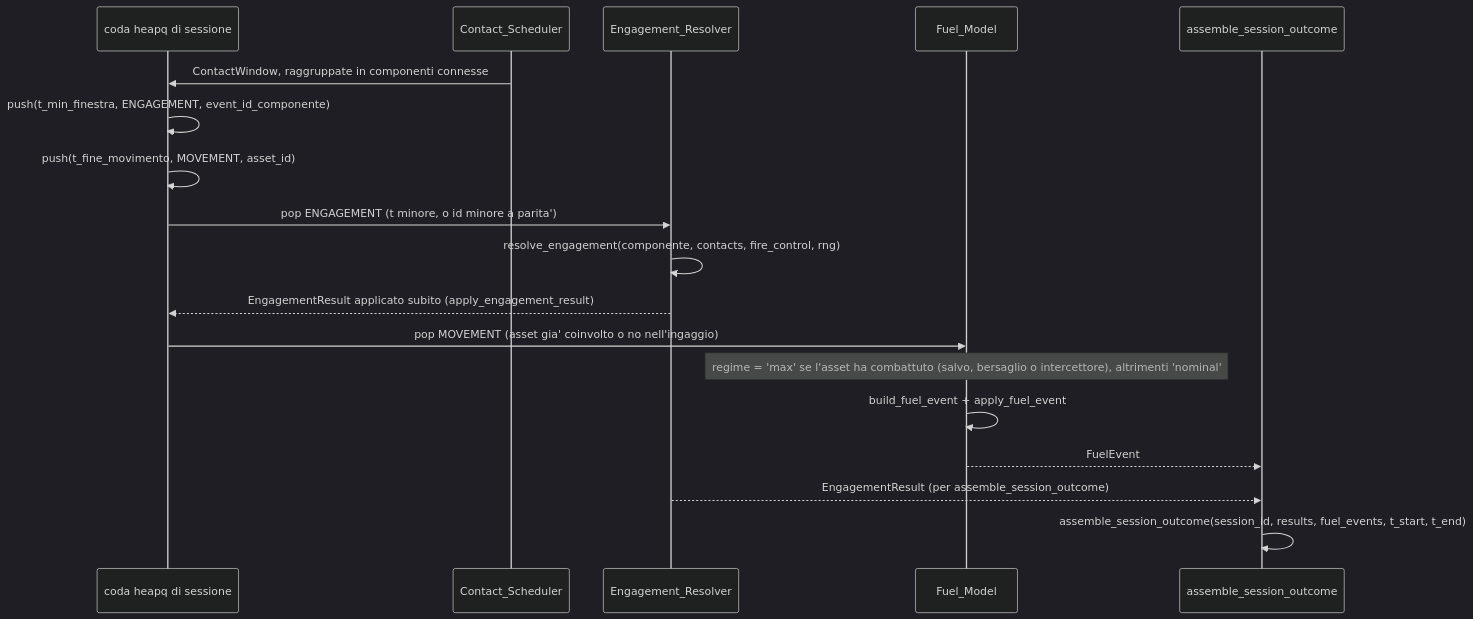
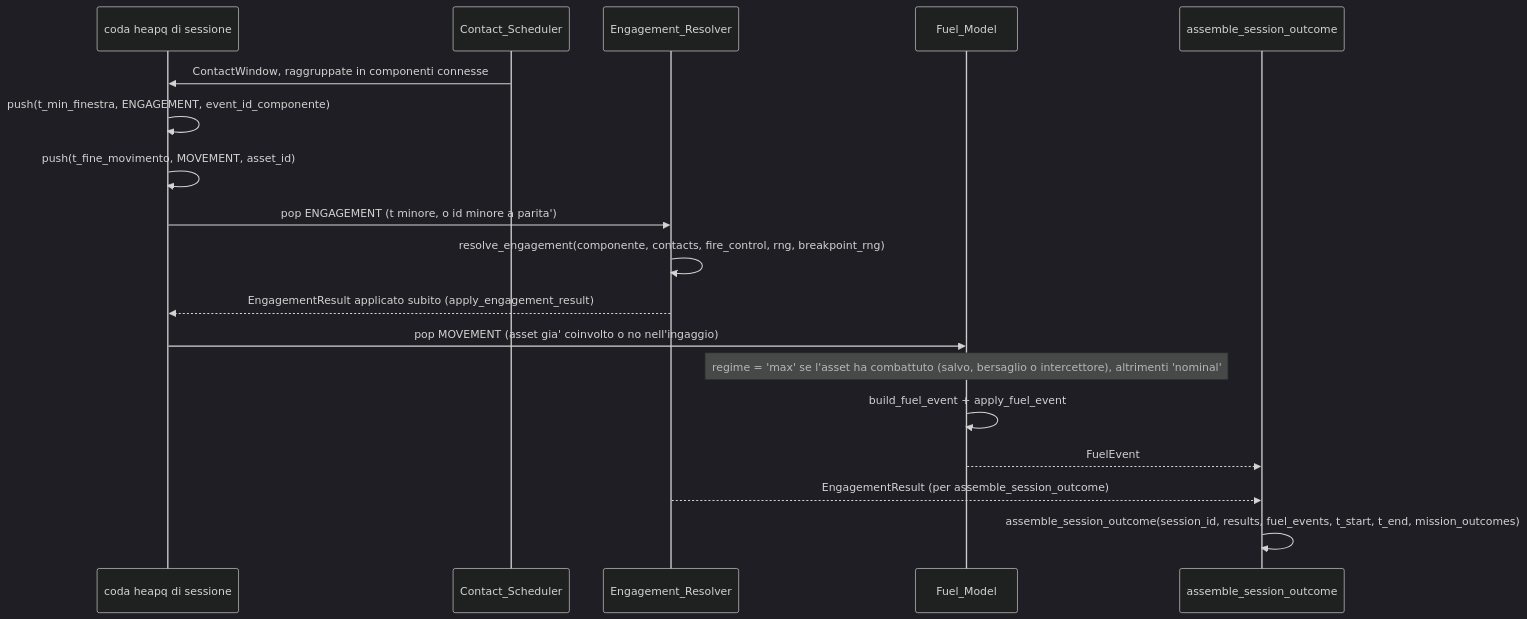
Before and after one commit to MakusIV/Warfare-Model: the second of 5 diagrams in Analysis/Document/Manuale_Motore_DES/07_Orchestratore_Session_Simulator.md, drawn with Mermaid (dark theme). The commit also changed other lines of this file and 10 other files, not shown here.

````diff
--- a/Analysis/Document/Manuale_Motore_DES/07_Orchestratore_Session_Simulator.md
+++ b/Analysis/Document/Manuale_Motore_DES/07_Orchestratore_Session_Simulator.md
@@ -175,24 +230,24 @@
 ```mermaid
 sequenceDiagram
     participant Q as coda heapq di sessione
     participant CS as Contact_Scheduler
     participant ER as Engagement_Resolver
     participant FM as Fuel_Model
     participant OUT as assemble_session_outcome
 
     CS->>Q: ContactWindow, raggruppate in componenti connesse
     Q->>Q: push(t_min_finestra, ENGAGEMENT, event_id_componente)
     Q->>Q: push(t_fine_movimento, MOVEMENT, asset_id)
 
     Q->>ER: pop ENGAGEMENT (t minore, o id minore a parita')
-    ER->>ER: resolve_engagement(componente, contacts, fire_control, rng)
+    ER->>ER: resolve_engagement(componente, contacts, fire_control, rng, breakpoint_rng)
     ER-->>Q: EngagementResult applicato subito (apply_engagement_result)
 
     Q->>FM: pop MOVEMENT (asset gia' coinvolto o no nell'ingaggio)
     Note over FM: regime = 'max' se l'asset ha combattuto (salvo, bersaglio o intercettore), altrimenti 'nominal'
     FM->>FM: build_fuel_event + apply_fuel_event
     FM-->>OUT: FuelEvent
 
     ER-->>OUT: EngagementResult (per assemble_session_outcome)
-    OUT->>OUT: assemble_session_outcome(session_id, results, fuel_events, t_start, t_end)
+    OUT->>OUT: assemble_session_outcome(session_id, results, fuel_events, t_start, t_end, mission_outcomes)
 ```
````
